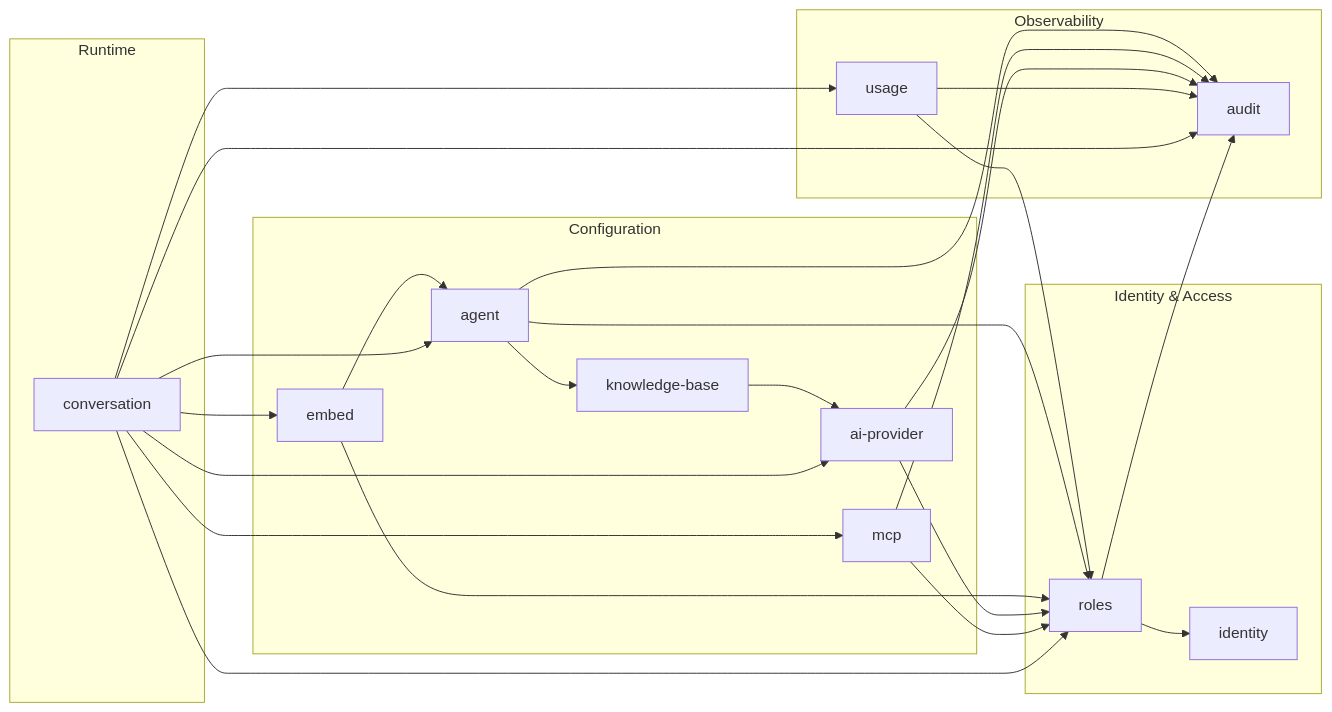
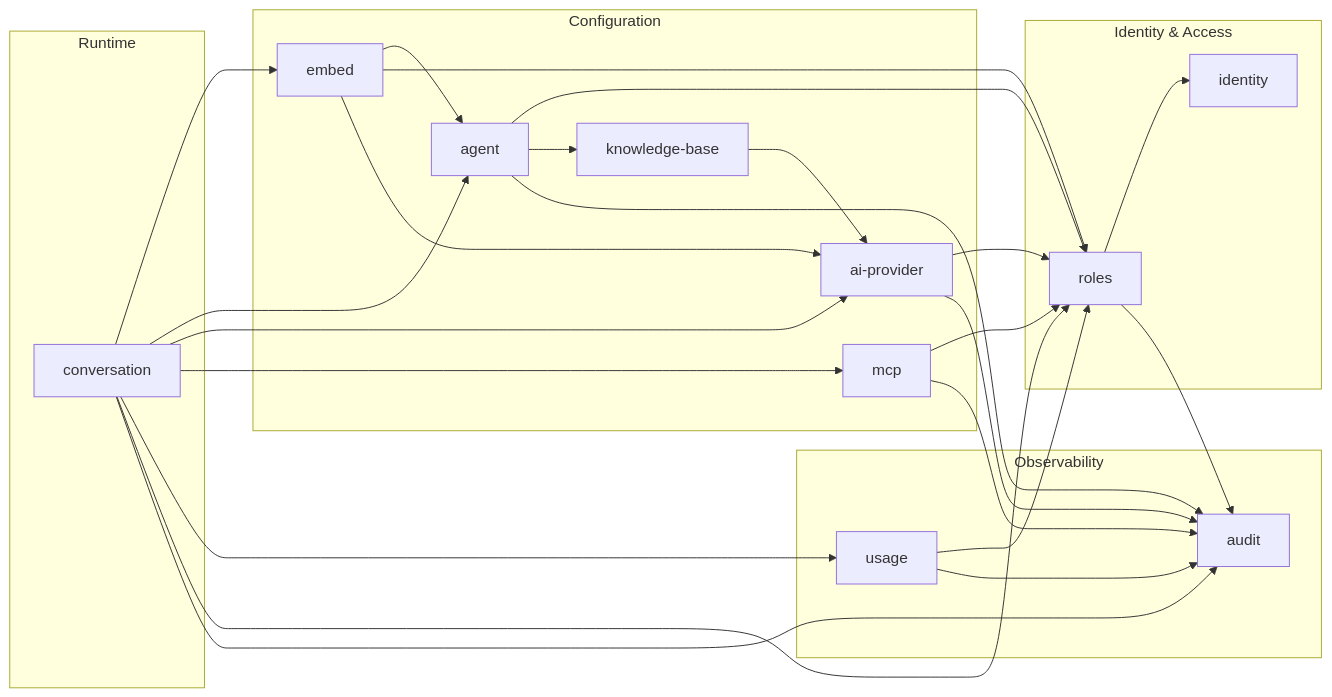
One commit to Talqo/talqo changed the diagram in docs/architecture/module-diagram.md. Above: the diagram before and after it, drawn with Mermaid. The commit also changed other lines of this file and 25 other files, not shown here.

````diff
--- a/docs/architecture/module-diagram.md
+++ b/docs/architecture/module-diagram.md
@@ -9,49 +9,50 @@
 ```mermaid
 graph LR
     subgraph "Identity & Access"
         identity[identity]
         roles[roles]
     end
 
     subgraph "Configuration"
         agent[agent]
         knowledge_base[knowledge-base]
         embed[embed]
         ai_provider["ai-provider"]
         mcp[mcp]
     end
 
     subgraph "Runtime"
         conversation[conversation]
     end
 
     subgraph "Observability"
         usage[usage]
         audit[audit]
     end
 
     roles --> identity
 
     agent --> roles
     agent --> knowledge_base
     embed --> agent
     embed --> roles
+    embed --> ai_provider
     ai_provider --> roles
     mcp --> roles
     knowledge_base --> ai_provider
     usage --> roles
 
     conversation --> embed
     conversation --> agent
     conversation --> ai_provider
     conversation --> mcp
     conversation --> usage
     conversation --> roles
 
     roles --> audit
     agent --> audit
     mcp --> audit
     ai_provider --> audit
     usage --> audit
     conversation --> audit
 ```
````
